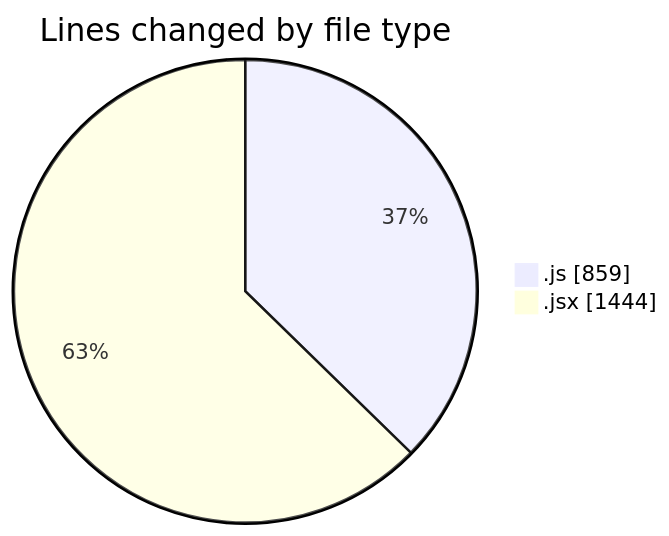
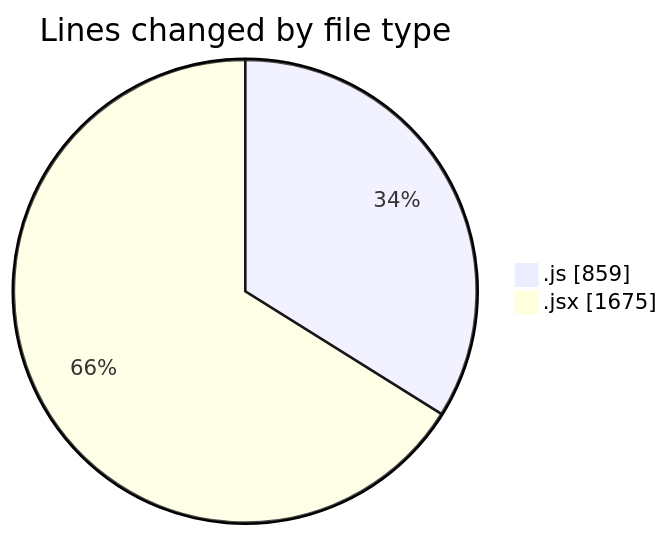
The first of 2 diagrams in 2025-12-26/nxtqube_webapp/README.md (nxtqubesakshisongat/code-tracking), drawn with Mermaid before and after one commit. The commit also changed other lines of this file and 1 other file, not shown here.

````diff
--- a/2025-12-26/nxtqube_webapp/README.md
+++ b/2025-12-26/nxtqube_webapp/README.md
@@ -24,6 +24,6 @@
 ```mermaid
 pie showData
 title Lines changed by file type
 ".js" : 859
-".jsx" : 1444
+".jsx" : 1675
 ```
````
